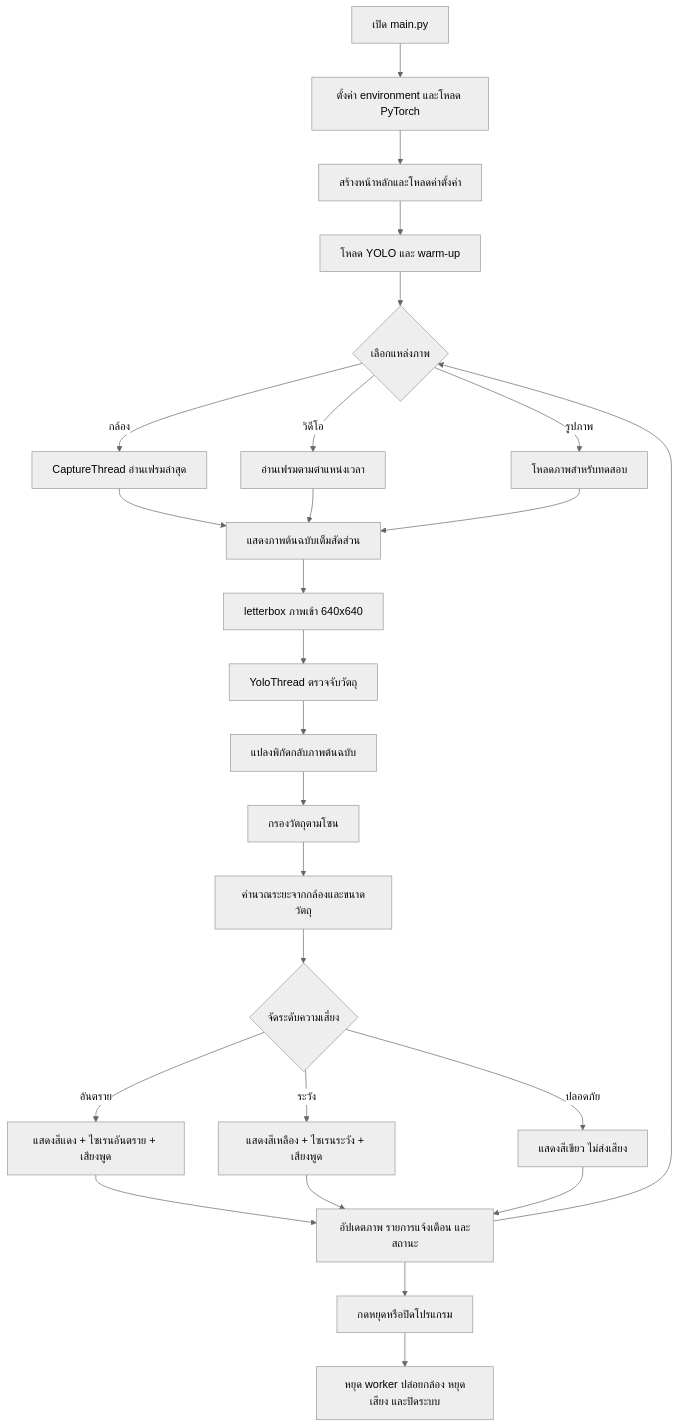
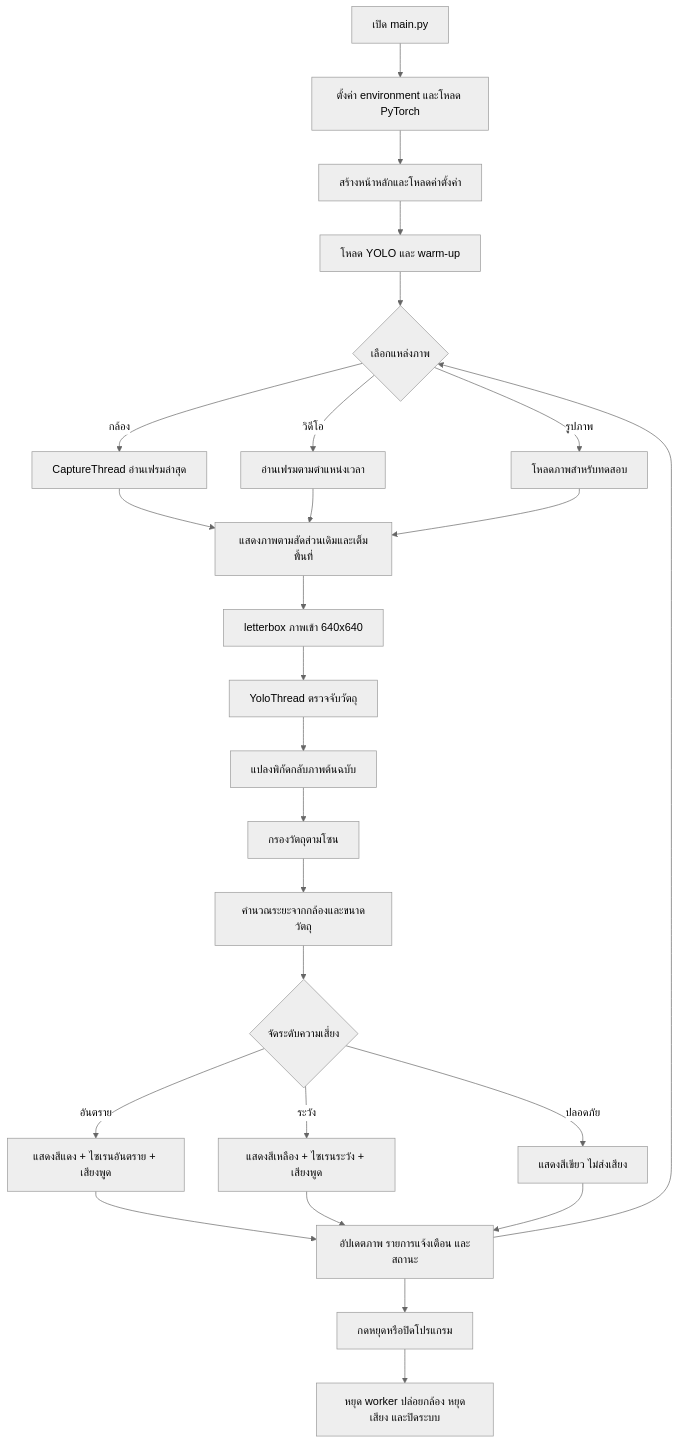
One commit to 662242ps/third-eye changed the diagram in README.md. Above: the diagram before and after it, drawn with Mermaid (neutral theme). The commit also changed other lines of this file and 2 other files, not shown here.

````diff
--- a/README.md
+++ b/README.md
@@ -155,28 +156,28 @@
 ```mermaid
 flowchart TD
     A[เปิด main.py] --> B[ตั้งค่า environment และโหลด PyTorch]
     B --> C[สร้างหน้าหลักและโหลดค่าตั้งค่า]
     C --> D[โหลด YOLO และ warm-up]
     D --> E{เลือกแหล่งภาพ}
     E -->|กล้อง| F[CaptureThread อ่านเฟรมล่าสุด]
     E -->|วิดีโอ| G[อ่านเฟรมตามตำแหน่งเวลา]
     E -->|รูปภาพ| H[โหลดภาพสำหรับทดสอบ]
-    F --> I[แสดงภาพต้นฉบับเต็มสัดส่วน]
+    F --> I[แสดงภาพตามสัดส่วนเดิมและเต็มพื้นที่]
     G --> I
     H --> I
     I --> J[letterbox ภาพเข้า 640x640]
     J --> K[YoloThread ตรวจจับวัตถุ]
     K --> L[แปลงพิกัดกลับภาพต้นฉบับ]
     L --> M[กรองวัตถุตามโซน]
     M --> N[คำนวณระยะจากกล้องและขนาดวัตถุ]
     N --> O{จัดระดับความเสี่ยง}
     O -->|อันตราย| P[แสดงสีแดง + ไซเรนอันตราย + เสียงพูด]
     O -->|ระวัง| Q[แสดงสีเหลือง + ไซเรนระวัง + เสียงพูด]
     O -->|ปลอดภัย| R[แสดงสีเขียว ไม่ส่งเสียง]
     P --> S[อัปเดตภาพ รายการแจ้งเตือน และสถานะ]
     Q --> S
     R --> S
     S --> E
     S --> T[กดหยุดหรือปิดโปรแกรม]
     T --> U[หยุด worker ปล่อยกล้อง หยุดเสียง และปิดระบบ]
 ```
````
